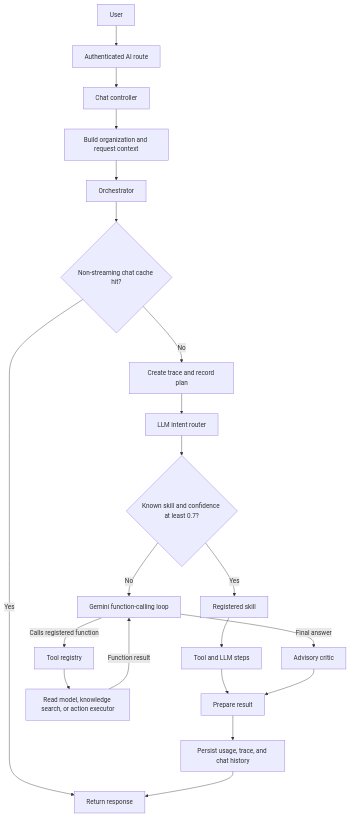
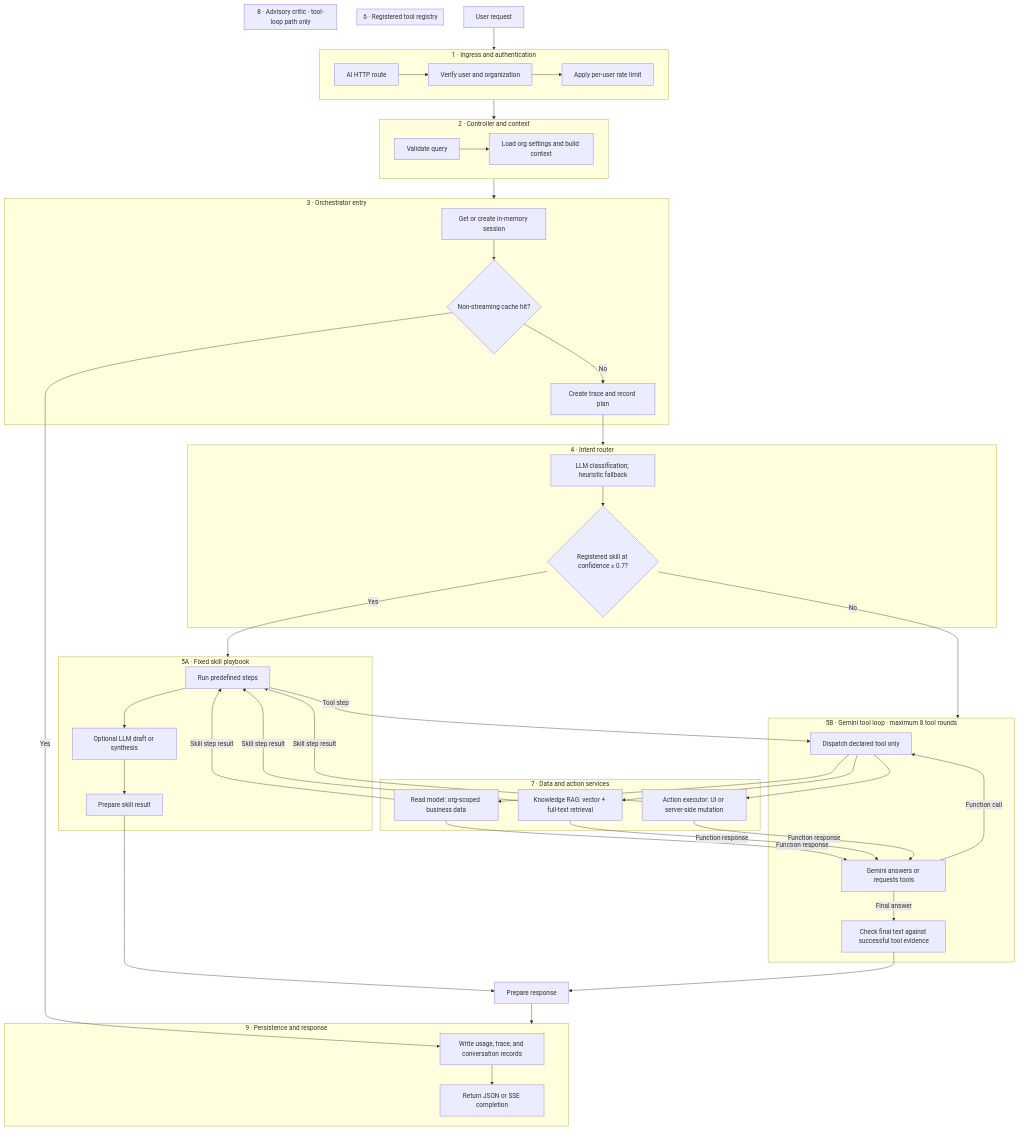
One commit to amathziah/capitaedgex changed the first of 4 diagrams in docs/ai-architecture.md. Above: the diagram before and after it, drawn with Mermaid. The commit also changed 1 other file, not shown here.

Commit message:
docs: detail AI architecture diagrams

````diff
--- a/docs/ai-architecture.md
+++ b/docs/ai-architecture.md
@@ -9,23 +9,68 @@
 ```mermaid
 flowchart TD
-    USER[User] --> HTTP[Authenticated AI route]
-    HTTP --> CTRL[Chat controller]
-    CTRL --> CTX[Build organization and request context]
-    CTX --> ORCH[Orchestrator]
-    ORCH --> CACHE{Non-streaming chat cache hit?}
-    CACHE -->|Yes| RETURN[Return response]
-    CACHE -->|No| TRACE[Create trace and record plan]
-    TRACE --> IR[LLM intent router]
-    IR --> SELECT{Known skill and confidence at least 0.7?}
-    SELECT -->|Yes| SKILL[Registered skill]
-    SELECT -->|No| LOOP[Gemini function-calling loop]
-    SKILL --> STEP[Tool and LLM steps]
-    STEP --> RESULT[Prepare result]
-    LOOP -->|Calls registered function| REG[Tool registry]
-    REG --> SUB[Read model, knowledge search, or action executor]
-    SUB -->|Function result| LOOP
-    LOOP -->|Final answer| CRITIC[Advisory critic]
+    USER[User request] --> L1
+
+    subgraph L1["1 · Ingress and authentication"]
+        HTTP[AI HTTP route] --> AUTH[Verify user and organization]
+        AUTH --> LIMIT[Apply per-user rate limit]
+    end
+
+    L1 --> L2
+    subgraph L2["2 · Controller and context"]
+        VALIDATE[Validate query] --> CONTEXT[Load org settings and build context]
+    end
+
+    L2 --> L3
+    subgraph L3["3 · Orchestrator entry"]
+        SESSION[Get or create in-memory session] --> CACHE{Non-streaming cache hit?}
+        CACHE -->|No| TRACE[Create trace and record plan]
+    end
+    CACHE -->|Yes| PERSIST
+    TRACE --> L4
+
+    subgraph L4["4 · Intent router"]
+        CLASSIFY[LLM classification; heuristic fallback] --> ROUTE{Registered skill at confidence ≥ 0.7?}
+    end
+
+    ROUTE -->|Yes| L5A
+    ROUTE -->|No| L5B
+    subgraph L5A["5A · Fixed skill playbook"]
+        PLAN[Run predefined steps] --> SKILL_LLM[Optional LLM draft or synthesis]
+        SKILL_LLM --> SKILL_RESULT[Prepare skill result]
+    end
+    subgraph L5B["5B · Gemini tool loop · maximum 8 tool rounds"]
+        GENERATE[Gemini answers or requests tools] -->|Function call| DECLARED
+        GENERATE -->|Final answer| CRITIC
+    end
+
+    subgraph L6["6 · Registered tool registry"]
+        DECLARED[Dispatch declared tool only]
+    end
+
+    subgraph L7["7 · Data and action services"]
+        READ[Read model: org-scoped business data]
+        RAG[Knowledge RAG: vector + full-text retrieval]
+        ACTION[Action executor: UI or server-side mutation]
+    end
+    DECLARED --> READ
+    DECLARED --> RAG
+    DECLARED --> ACTION
+    READ -->|Function response| GENERATE
+    RAG -->|Function response| GENERATE
+    ACTION -->|Function response| GENERATE
+    PLAN -->|Tool step| DECLARED
+    READ -->|Skill step result| PLAN
+    RAG -->|Skill step result| PLAN
+    ACTION -->|Skill step result| PLAN
+
+    subgraph L8["8 · Advisory critic · tool-loop path only"]
+        CRITIC[Check final text against successful tool evidence]
+    end
+
+    SKILL_RESULT --> RESULT[Prepare response]
     CRITIC --> RESULT
-    RESULT --> SAVE[Persist usage, trace, and chat history]
-    SAVE --> RETURN
+    RESULT --> L9
+    subgraph L9["9 · Persistence and response"]
+        PERSIST[Write usage, trace, and conversation records] --> RETURN[Return JSON or SSE completion]
+    end
 ```
````
